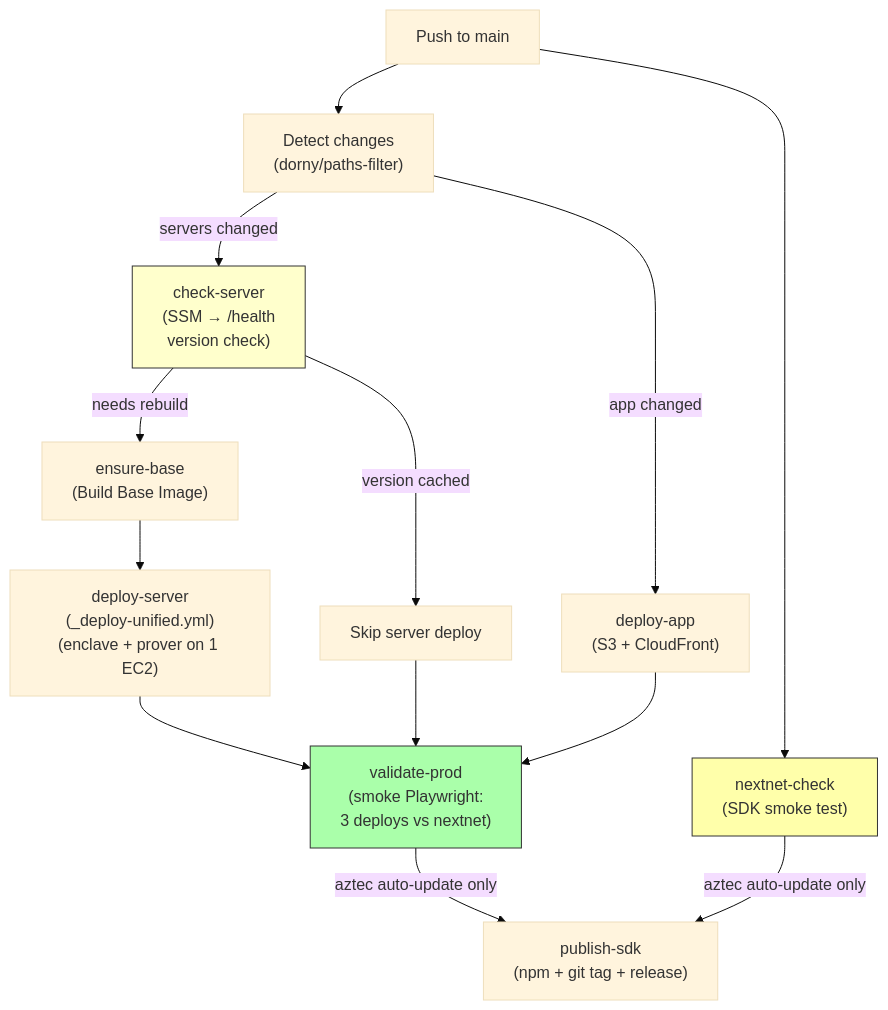
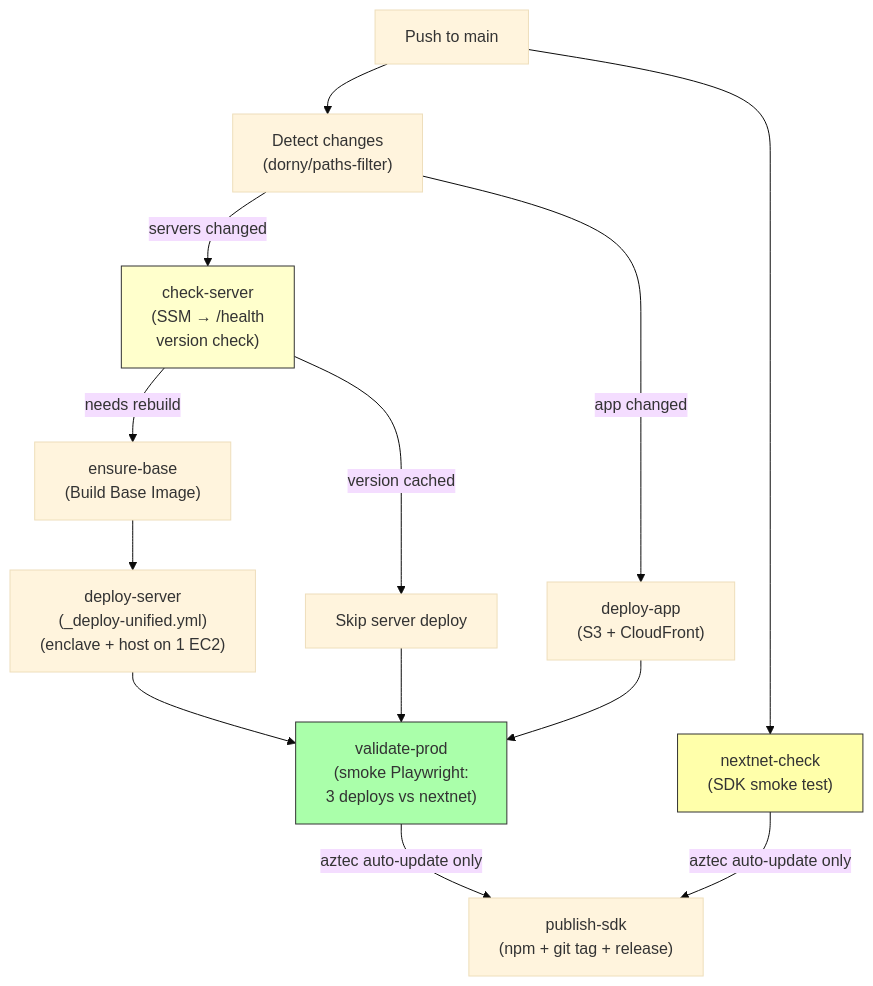
One commit to alejoamiras/tee-rex changed the third of 6 diagrams in docs/ci-pipeline.md. Above: the diagram before and after it, drawn with Mermaid (base theme). The commit also changed other lines of this file and 40 other files, not shown here.

First line of the commit message:
feat: thin enclave architecture — host-managed bb versions (#193)

````diff
--- a/docs/ci-pipeline.md
+++ b/docs/ci-pipeline.md
@@ -108,22 +108,22 @@
 ```mermaid
 graph TD
     push["Push to main"] --> changes["Detect changes\n(dorny/paths-filter)"]
 
     changes -->|servers changed| check["check-server\n(SSM → /health\nversion check)"]
     changes -->|app changed| app["deploy-app\n(S3 + CloudFront)"]
     push --> nextnet["nextnet-check\n(SDK smoke test)"]
 
     check -->|needs rebuild| base["ensure-base\n(Build Base Image)"]
     check -->|version cached| skip_server["Skip server deploy"]
 
-    base --> server["deploy-server\n(_deploy-unified.yml)\n(enclave + prover on 1 EC2)"]
+    base --> server["deploy-server\n(_deploy-unified.yml)\n(enclave + host on 1 EC2)"]
 
     server & app --> validate["validate-prod\n(smoke Playwright:\n3 deploys vs nextnet)"]
     skip_server --> validate
 
     validate & nextnet -->|aztec auto-update only| publish["publish-sdk\n(npm + git tag + release)"]
 
     style validate fill:#afa,stroke:#333
     style nextnet fill:#ffa,stroke:#333
     style check fill:#ffc,stroke:#333
 ```
````
